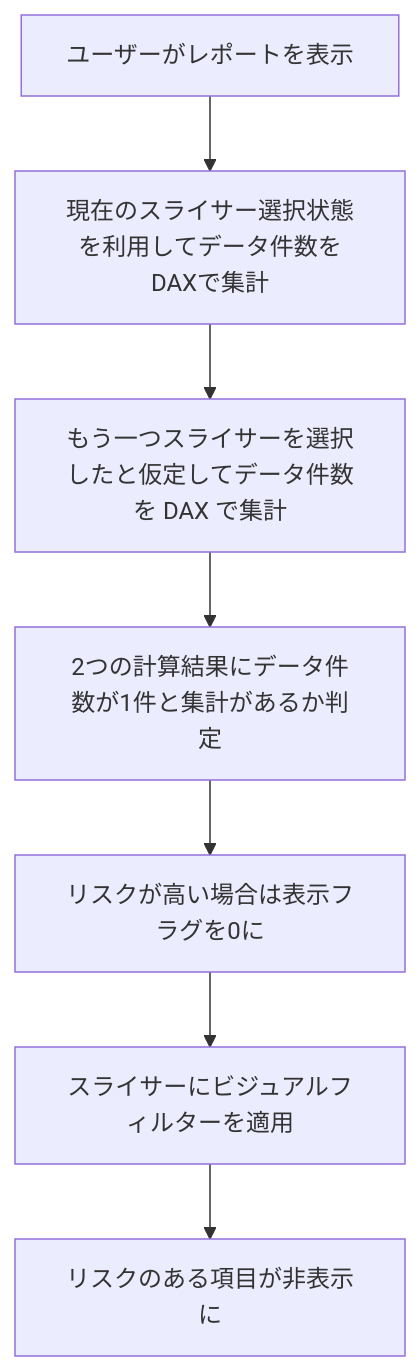
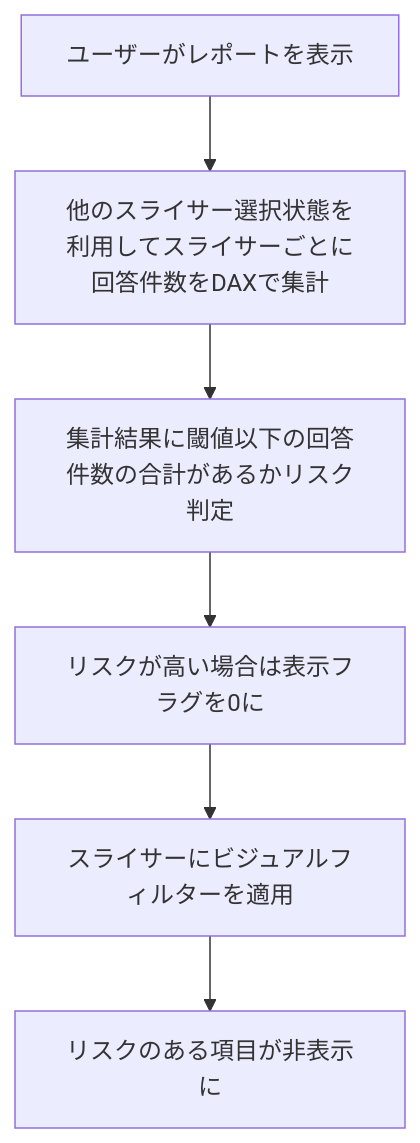
Before and after one commit to yoshihiro-matsumoto/zenn-docs: the first of 2 diagrams in articles/power-bi-slicer-filtering-3.md, drawn with Mermaid. The commit also changed other lines of this file and 1 other file, not shown here.

Commit message:
新しい記事「DAX による動的制御とコンテキスト」を追加し、Power BI スライサーのフィルターコンテキストと CALCULATE の使用方法を解説。既存の記事の公開ステータスを「false」から「true」に変更し、内容を更新。

````diff
--- a/articles/power-bi-slicer-filtering-3.md
+++ b/articles/power-bi-slicer-filtering-3.md
@@ -36,12 +36,11 @@
 ```mermaid
 flowchart TD
     Start[ユーザーがレポートを表示]
-    Calc1[現在のスライサー選択状態を利用してデータ件数をDAXで集計]
-    Calc2[もう一つスライサーを選択したと仮定してデータ件数を DAX で集計]
-    Judge[2つの計算結果にデータ件数が1件と集計があるか判定]
+    Calc[他のスライサー選択状態を利用してスライサーごとに回答件数をDAXで集計]
+    Judge[集計結果に閾値以下の回答件数の合計があるかリスク判定]
     Flag[リスクが高い場合は表示フラグを0に]
     Filter[スライサーにビジュアルフィルターを適用]
     Result[リスクのある項目が非表示に]
 
-    Start --> Calc1 --> Calc2 --> Judge --> Flag --> Filter --> Result
+    Start --> Calc --> Judge --> Flag --> Filter --> Result
 ```
````
